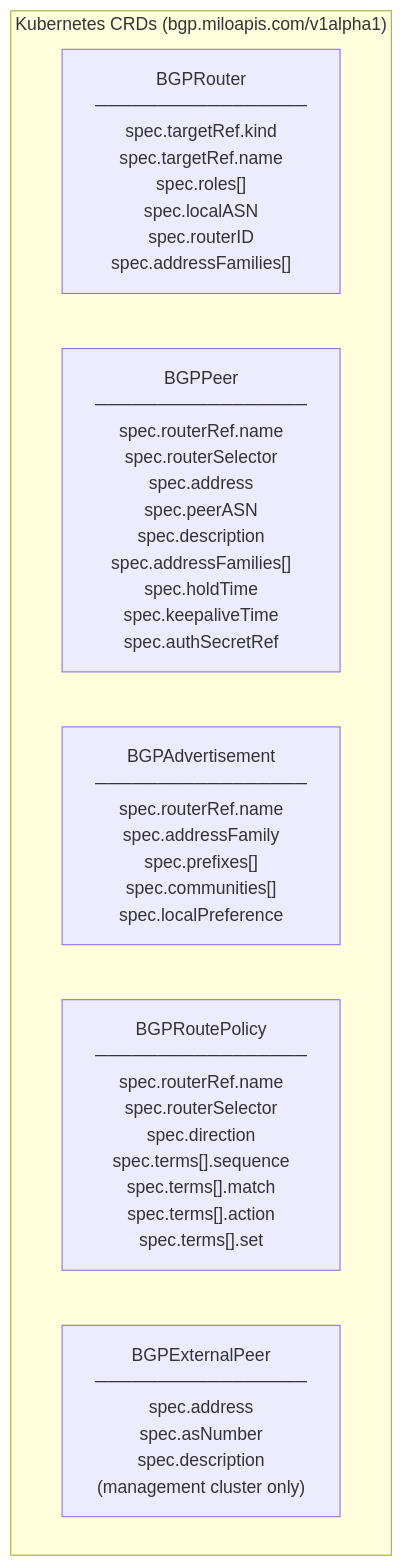
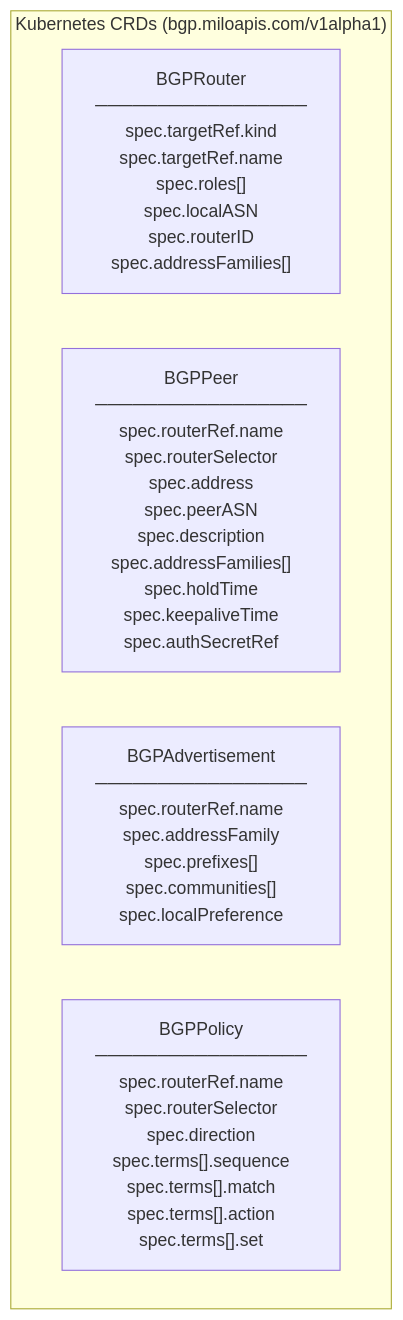
Before and after one commit to milo-os/cosmos: the diagram in docs/diagrams/crd-provider-mapping.md, drawn with Mermaid. The commit also changed other lines of this file and 42 other files, not shown here.

````diff
--- a/docs/diagrams/crd-provider-mapping.md
+++ b/docs/diagrams/crd-provider-mapping.md
@@ -9,10 +9,9 @@
 ```mermaid
 flowchart TD
     subgraph CRDs["Kubernetes CRDs (bgp.miloapis.com/v1alpha1)"]
         BGPRouter["BGPRouter\n─────────────────\nspec.targetRef.kind\nspec.targetRef.name\nspec.roles[]\nspec.localASN\nspec.routerID\nspec.addressFamilies[]"]
         BGPPeer["BGPPeer\n─────────────────\nspec.routerRef.name\nspec.routerSelector\nspec.address\nspec.peerASN\nspec.description\nspec.addressFamilies[]\nspec.holdTime\nspec.keepaliveTime\nspec.authSecretRef"]
         BGPAdvertisement["BGPAdvertisement\n─────────────────\nspec.routerRef.name\nspec.addressFamily\nspec.prefixes[]\nspec.communities[]\nspec.localPreference"]
-        BGPRoutePolicy["BGPRoutePolicy\n─────────────────\nspec.routerRef.name\nspec.routerSelector\nspec.direction\nspec.terms[].sequence\nspec.terms[].match\nspec.terms[].action\nspec.terms[].set"]
-        BGPExternalPeer["BGPExternalPeer\n─────────────────\nspec.address\nspec.asNumber\nspec.description\n(management cluster only)"]
+        BGPPolicy["BGPPolicy\n─────────────────\nspec.routerRef.name\nspec.routerSelector\nspec.direction\nspec.terms[].sequence\nspec.terms[].match\nspec.terms[].action\nspec.terms[].set"]
     end
 ```
````
